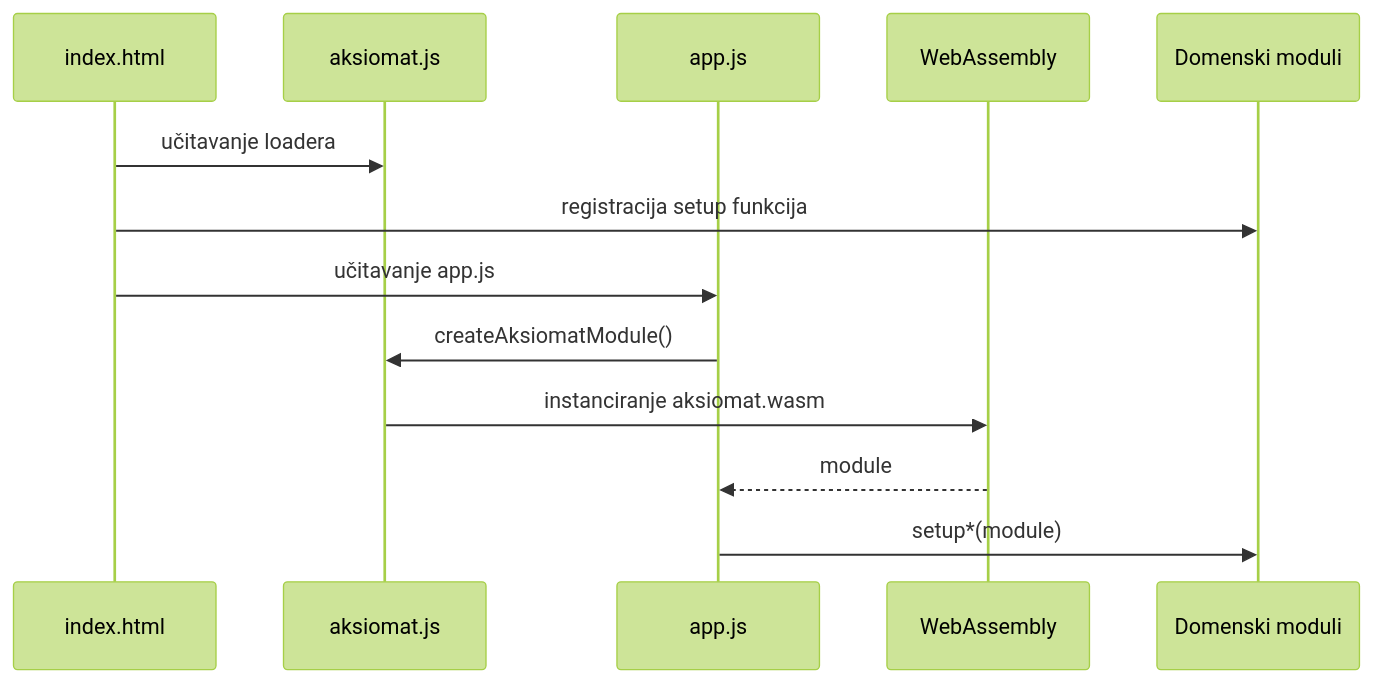
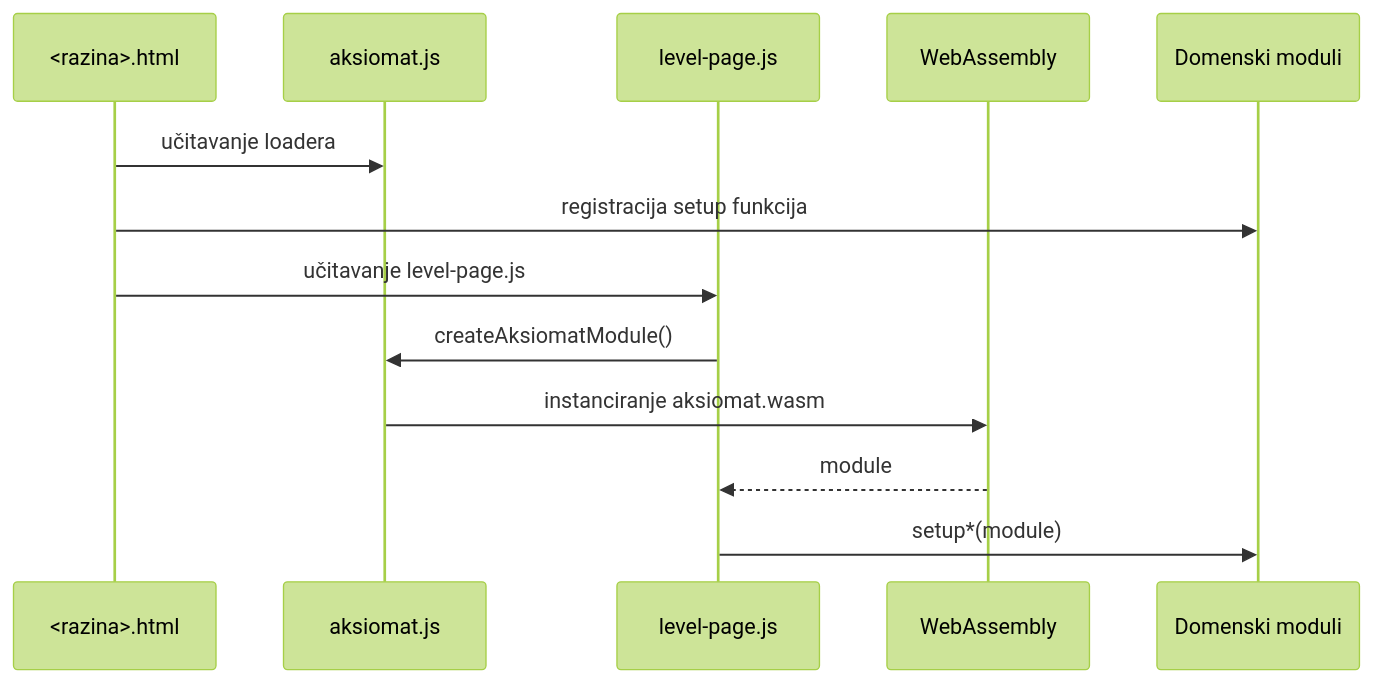
The diagram in docs/web-frontend.md (StjepanVelc/MathEngine), drawn with Mermaid (forest theme) before and after one commit. The commit also changed other lines of this file and 28 other files, not shown here.

````diff
--- a/docs/web-frontend.md
+++ b/docs/web-frontend.md
@@ -31,16 +47,16 @@
 ```mermaid
 sequenceDiagram
-	participant H as index.html
+	participant H as <razina>.html
 	participant E as aksiomat.js
-	participant A as app.js
+	participant A as level-page.js
 	participant W as WebAssembly
 	participant M as Domenski moduli
 
 	H->>E: učitavanje loadera
 	H->>M: registracija setup funkcija
-	H->>A: učitavanje app.js
+	H->>A: učitavanje level-page.js
 	A->>E: createAksiomatModule()
 	E->>W: instanciranje aksiomat.wasm
 	W-->>A: module
 	A->>M: setup*(module)
 ```
````
